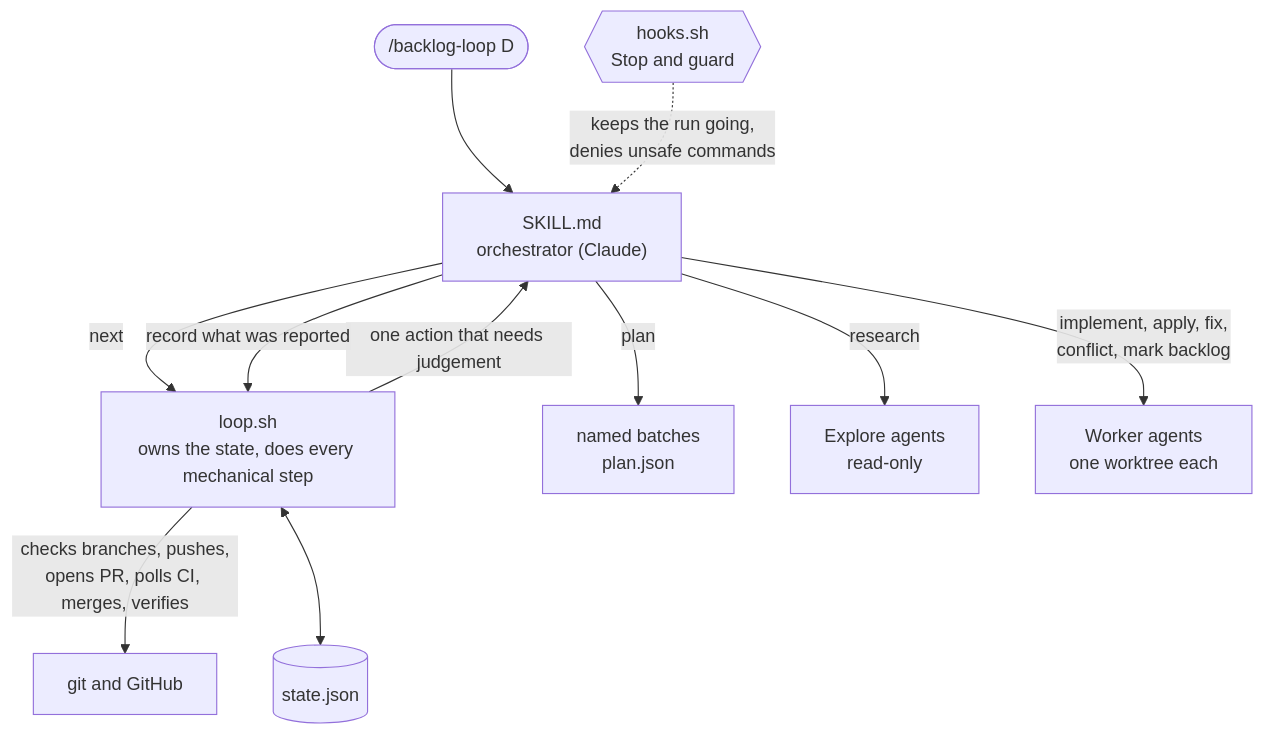
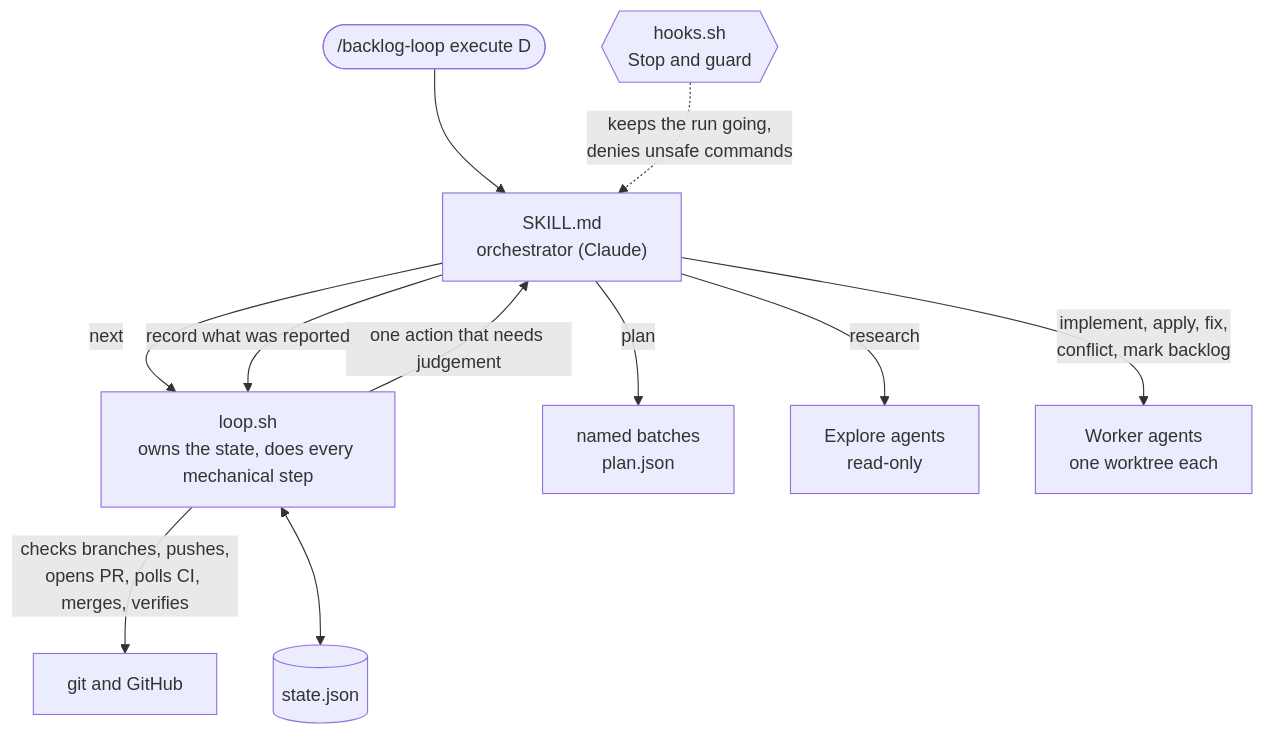
The first of 2 diagrams in skills/backlog-loop/README.md (aanyberg/agent-conventions), drawn with Mermaid before and after one commit. The commit also changed other lines of this file and 9 other files, not shown here.

First line of the commit message:
feat(backlog-loop)!: separate plan and execute commands (#55)

````diff
--- a/skills/backlog-loop/README.md
+++ b/skills/backlog-loop/README.md
@@ -101,13 +103,13 @@
 ```mermaid
 flowchart TD
-    You(["/backlog-loop D"]) --> Skill["SKILL.md<br/>orchestrator (Claude)"]
+    You(["/backlog-loop execute D"]) --> Skill["SKILL.md<br/>orchestrator (Claude)"]
     Skill -->|"next"| Loop["loop.sh<br/>owns the state, does every mechanical step"]
     Loop -->|"one action that needs judgement"| Skill
     Skill -->|"plan"| Plan["named batches<br/>plan.json"]
     Skill -->|"research"| Explore["Explore agents<br/>read-only"]
     Skill -->|"implement, apply, fix,<br/>conflict, mark backlog"| Workers["Worker agents<br/>one worktree each"]
     Skill -->|"record what was reported"| Loop
     Loop -->|"checks branches, pushes,<br/>opens PR, polls CI, merges, verifies"| GH["git and GitHub"]
     Loop <--> State[("state.json")]
     Hooks{{"hooks.sh<br/>Stop and guard"}} -.->|"keeps the run going,<br/>denies unsafe commands"| Skill
 ```
````
